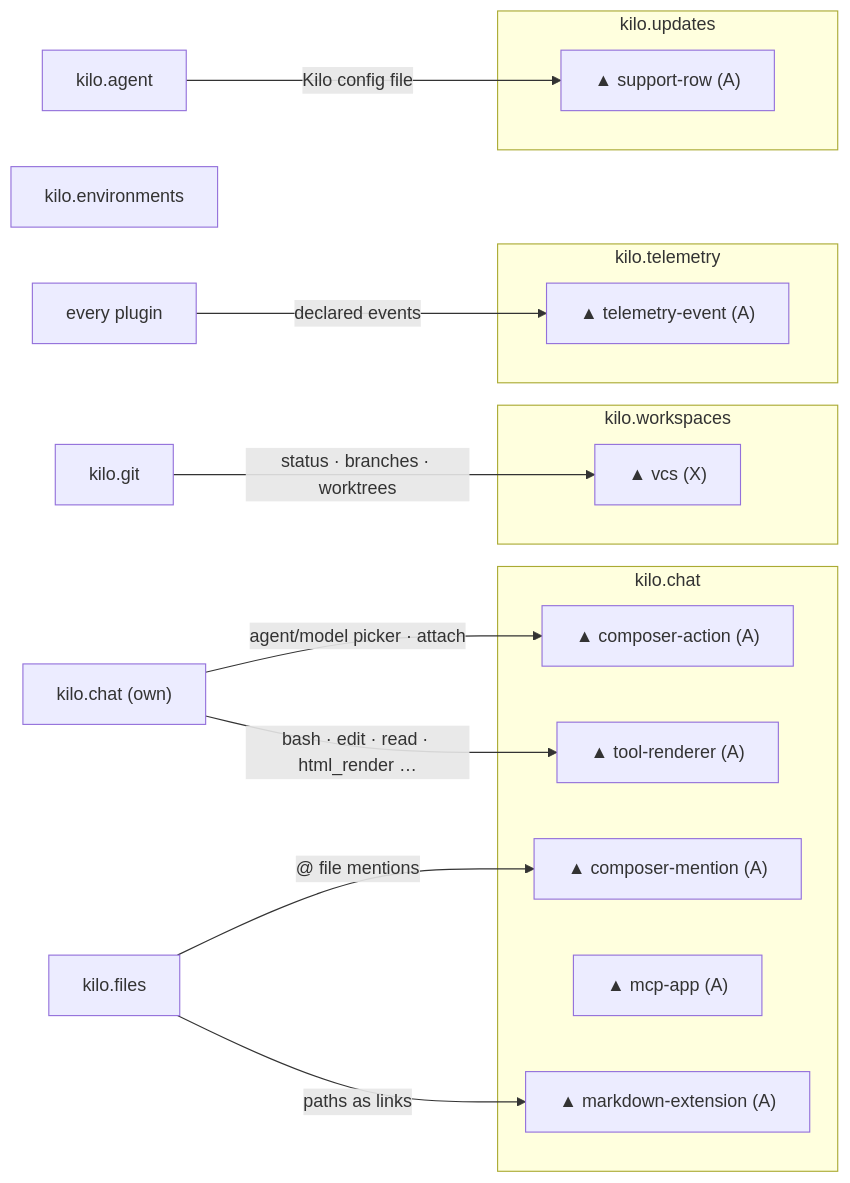
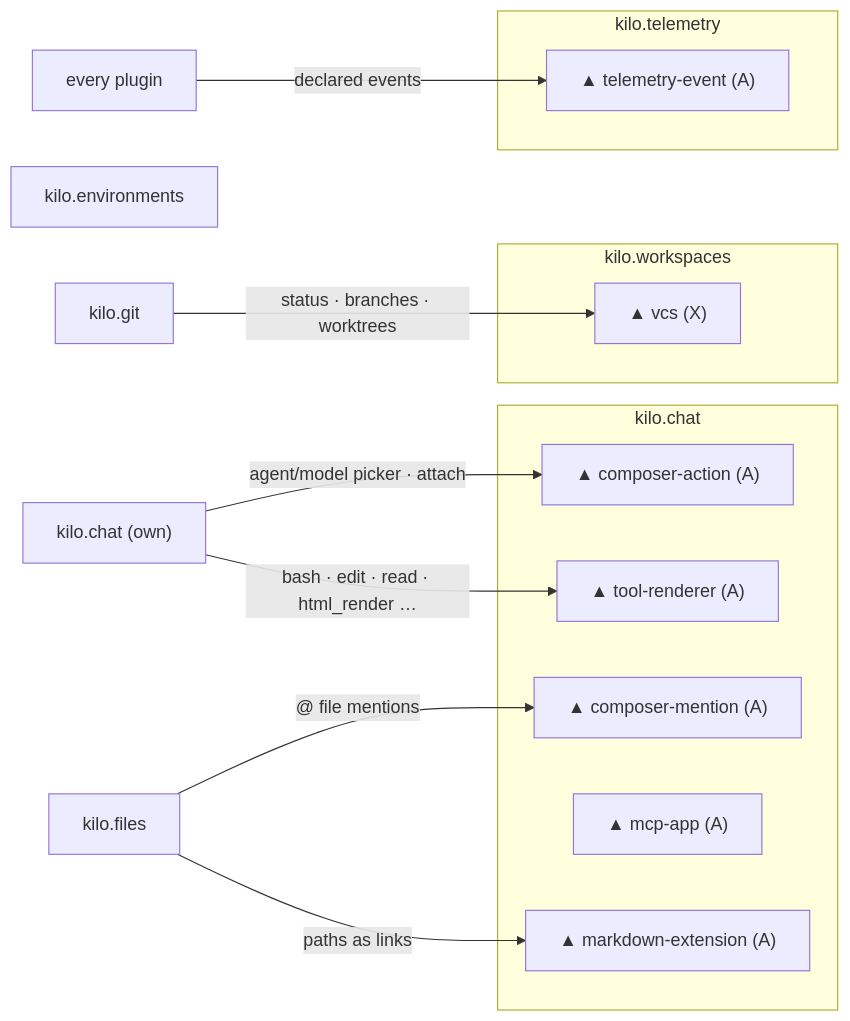
One commit to Kilo-Org/kilo-desktop changed the fifth of 7 diagrams in docs/plugin-architecture.md. Above: the diagram before and after it, drawn with Mermaid. The commit also changed other lines of this file and 83 other files, not shown here.

Commit message:
refactor(shell,kernel): move the About and Account pages into the shell with about-section, support-row and account-panel points, and rename kernel/shell to kernel/os (#1031)

````diff
--- a/docs/plugin-architecture.md
+++ b/docs/plugin-architecture.md
@@ -827,36 +835,31 @@
 ```mermaid
 flowchart LR
   files["kilo.files"]
   environments["kilo.environments"]
   chatSelf["kilo.chat (own)"]
   git["kilo.git"]
   everyone["every plugin"]
 
   subgraph CHAT["kilo.chat"]
     composerAction["▲ composer-action (A)"]
     mention["▲ composer-mention (A)"]
     renderer["▲ tool-renderer (A)"]
     mcpApp["▲ mcp-app (A)"]
     mdExt["▲ markdown-extension (A)"]
   end
 
   subgraph WORKSPACES["kilo.workspaces"]
     vcs["▲ vcs (X)"]
   end
 
   subgraph TELEMETRY["kilo.telemetry"]
     tevent["▲ telemetry-event (A)"]
   end
 
-  subgraph UPDATES["kilo.updates"]
-    supportRow["▲ support-row (A)"]
-  end
-
   chatSelf -->|agent/model picker · attach| composerAction
   files -->|"@ file mentions"| mention
   chatSelf -->|bash · edit · read · html_render …| renderer
   files -->|paths as links| mdExt
   git -->|status · branches · worktrees| vcs
   everyone -->|declared events| tevent
-  agentS["kilo.agent"] -->|Kilo config file| supportRow
 ```
````
